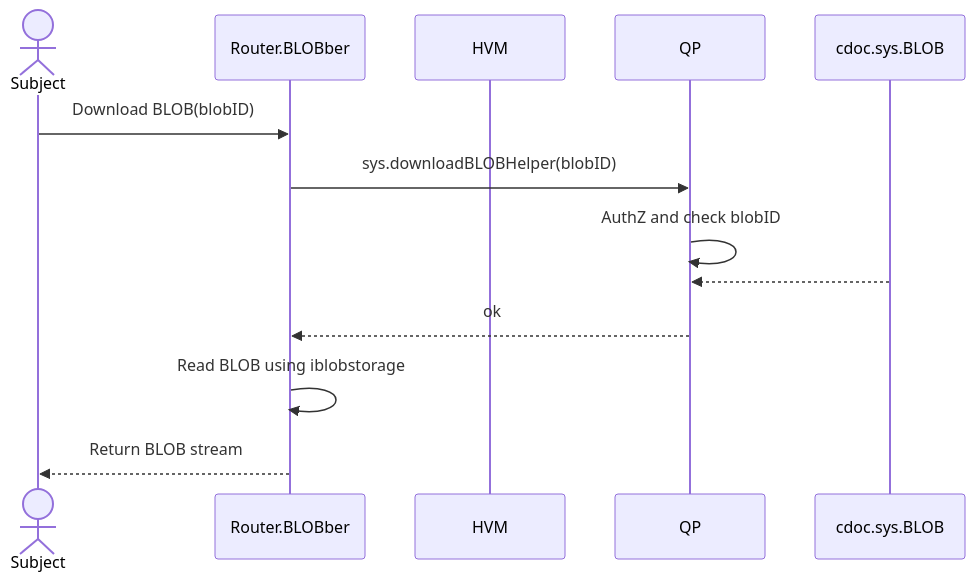
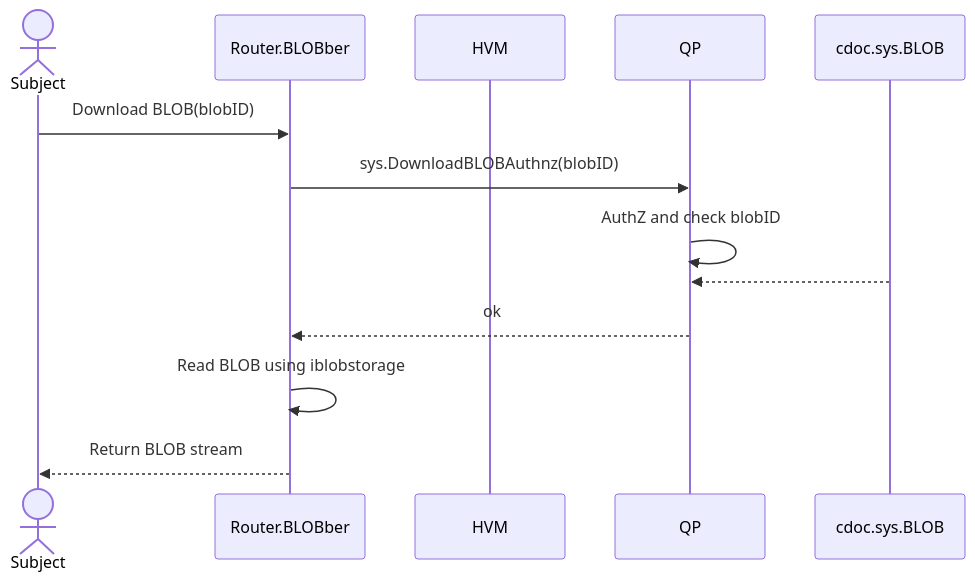
One commit to voedger/voedger-internals changed the second of 2 diagrams in server/blobs.md. Above: the diagram before and after it, drawn with Mermaid. The commit also changed other lines of this file, not shown here.

Commit message:
Refactor BLOBs documentation: update sequence diagrams and improve clarity

````diff
--- a/server/blobs.md
+++ b/server/blobs.md
@@ -35,17 +33,17 @@
 ```mermaid
 sequenceDiagram
     actor Subject
     participant BLOBber as Router.BLOBber
     participant HVM
     participant qp as QP
     participant cdocBLOB as cdoc.sys.BLOB
 
     Subject ->> BLOBber: Download BLOB(blobID)
-    BLOBber ->> qp: sys.downloadBLOBHelper(blobID)
+    BLOBber ->> qp: sys.DownloadBLOBAuthnz(blobID)
     qp ->> qp: AuthZ and check blobID
     cdocBLOB -->> qp: 
     qp -->> BLOBber: ok
     BLOBber ->> BLOBber: Read BLOB using iblobstorage
     BLOBber -->> Subject: Return BLOB stream
 
 ```
````
